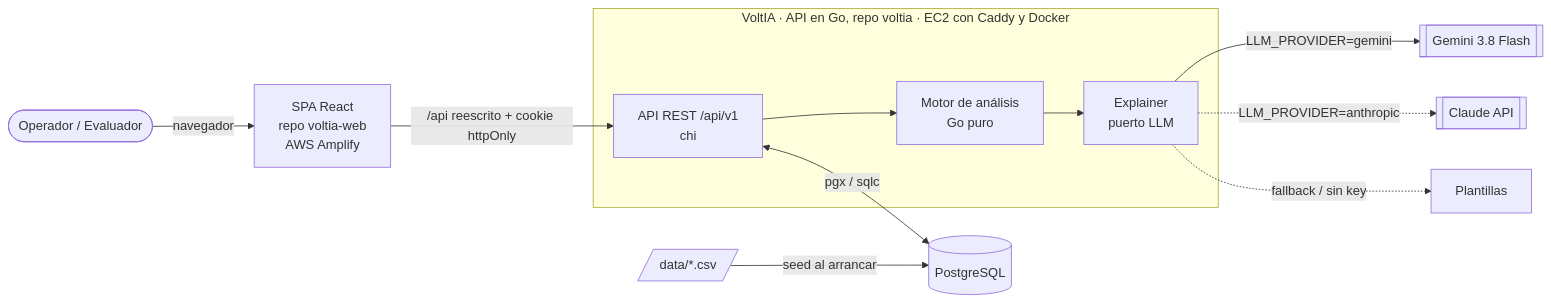
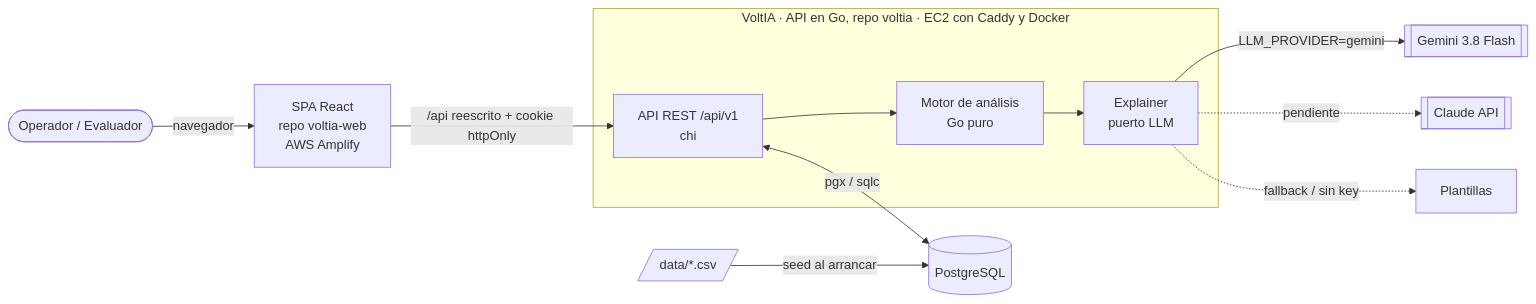
The first of 5 diagrams in docs/architecture.md (m0ntbl4ck/voltia), drawn with Mermaid before and after one commit. The commit also changed other lines of this file and 1 other file, not shown here.

First line of the commit message:
docs: align the README and architecture

````diff
--- a/docs/architecture.md
+++ b/docs/architecture.md
@@ -53,19 +55,19 @@
 ```mermaid
 flowchart LR
     user([Operador / Evaluador]) -->|navegador| spa
     spa[SPA React<br/>repo voltia-web<br/>AWS Amplify] -->|/api reescrito + cookie httpOnly| api
 
     subgraph voltia[VoltIA · API en Go, repo voltia · EC2 con Caddy y Docker]
         api[API REST /api/v1<br/>chi]
         engine[Motor de análisis<br/>Go puro]
         explainer[Explainer<br/>puerto LLM]
         api --> engine
         engine --> explainer
     end
 
     api <-->|pgx / sqlc| db[(PostgreSQL)]
     explainer -->|LLM_PROVIDER=gemini| gemini[[Gemini 3.8 Flash]]
-    explainer -.->|LLM_PROVIDER=anthropic| claude[[Claude API]]
+    explainer -.->|pendiente| claude[[Claude API]]
     explainer -.->|fallback / sin key| tpl[Plantillas]
     csv[/data/*.csv/] -->|seed al arrancar| db
 ```
````
